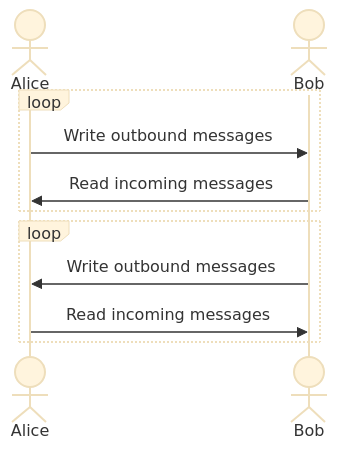
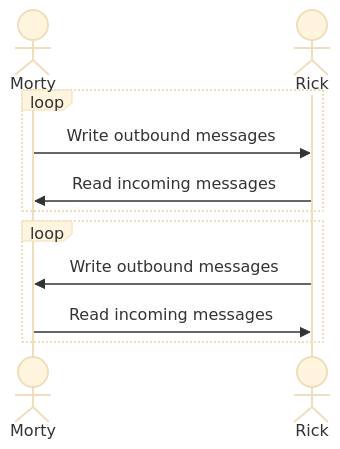
One commit to ava-labs/avalanchego changed the first of 7 diagrams in network/README.md. Above: the diagram before and after it, drawn with Mermaid (base theme). The commit also changed other lines of this file, not shown here.

````diff
--- a/network/README.md
+++ b/network/README.md
@@ -34,13 +34,13 @@
 ```mermaid
 sequenceDiagram
-    actor Alice
-    actor Bob
+    actor Morty
+    actor Rick
     loop 
-        Alice->>Bob: Write outbound messages
-        Bob->>Alice: Read incoming messages
+        Morty->>Rick: Write outbound messages
+        Rick->>Morty: Read incoming messages
     end
     loop
-        Bob->>Alice: Write outbound messages
-        Alice->>Bob: Read incoming messages
+        Rick->>Morty: Write outbound messages
+        Morty->>Rick: Read incoming messages
     end
 ```
````
